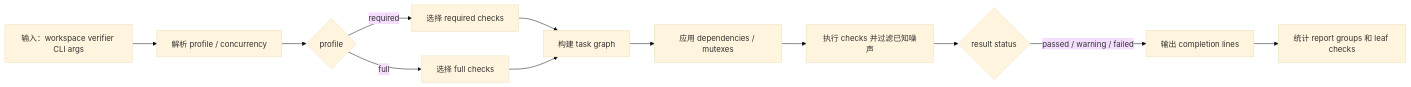
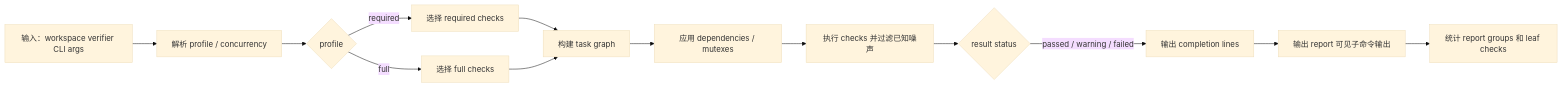
Before and after one commit to zxyycom/docnav: the fourth of 7 diagrams in docs/testing/cases.md, drawn with Mermaid (base theme). The commit also changed other lines of this file and 7 other files, not shown here.

````diff
--- a/docs/testing/cases.md
+++ b/docs/testing/cases.md
@@ -610,14 +611,15 @@
 ```mermaid
 flowchart LR
   A["输入：workspace verifier CLI args"] --> B["解析 profile / concurrency"]
   B --> C{"profile"}
   C -->|"required"| D["选择 required checks"]
   C -->|"full"| E["选择 full checks"]
   D --> F["构建 task graph"]
   E --> F
   F --> G["应用 dependencies / mutexes"]
   G --> H["执行 checks 并过滤已知噪声"]
   H --> I{"result status"}
   I -->|"passed / warning / failed"| J["输出 completion lines"]
-  J --> K["统计 report groups 和 leaf checks"]
+  J --> K["输出 report 可见子命令输出"]
+  K --> L["统计 report groups 和 leaf checks"]
 ```
````
